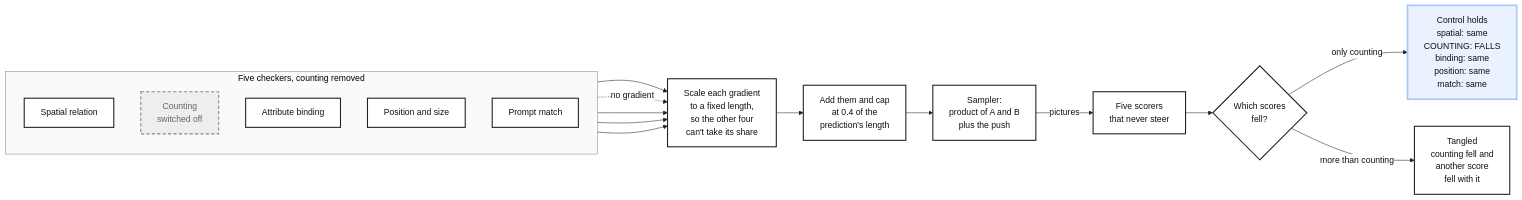
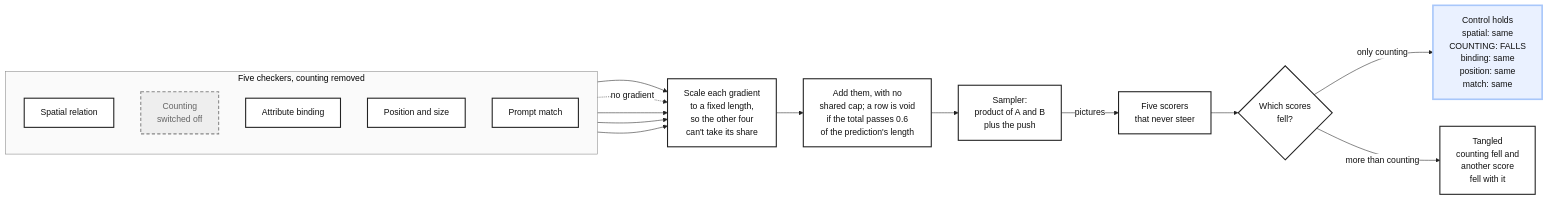
The diagram in artifacts/notes/progress/abstract-checkers/remove-one-checker.mmd (mo-rsa24/concept-composition), drawn with Mermaid before and after one commit. The commit also changed 2 other files, not shown here.

Commit message:
Abstract checkers: V2 review status and noise levels stated plainly; removal picture drops the shared cap

```diff
--- a/artifacts/notes/progress/abstract-checkers/remove-one-checker.mmd
+++ b/artifacts/notes/progress/abstract-checkers/remove-one-checker.mmd
@@ -1,35 +1,35 @@
 %%{init: {'theme': 'base', 'themeVariables': {'fontFamily': 'monospace', 'primaryColor': '#ffffff', 'primaryBorderColor': '#222222', 'primaryTextColor': '#111111', 'lineColor': '#222222'}}}%%
 flowchart LR
   subgraph FIVE["Five checkers, counting removed"]
     direction TB
     S["Spatial relation"]
     C["Counting<br/>switched off"]
     B["Attribute binding"]
     P["Position and size"]
     M["Prompt match"]
   end
 
   N["Scale each gradient<br/>to a fixed length,<br/>so the other four<br/>can't take its share"]
-  K["Add them and cap<br/>at 0.4 of the<br/>prediction's length"]
+  K["Add them, with no<br/>shared cap; a row is void<br/>if the total passes 0.6<br/>of the prediction's length"]
   G["Sampler:<br/>product of A and B<br/>plus the push"]
   J["Five scorers<br/>that never steer"]
   Q{"Which scores<br/>fell?"}
   Y["Control holds<br/>spatial: same<br/>COUNTING: FALLS<br/>binding: same<br/>position: same<br/>match: same"]
   X["Tangled<br/>counting fell and<br/>another score<br/>fell with it"]
 
   S --> N
   C -. "no gradient" .-> N
   B --> N
   P --> N
   M --> N
   N --> K --> G -->|"pictures"| J --> Q
   Q -->|"only counting"| Y
   Q -->|"more than counting"| X
 
   classDef plain fill:#ffffff,stroke:#222222,stroke-width:2px,color:#111111
   classDef off fill:#eeeeee,stroke:#888888,stroke-width:2px,stroke-dasharray:6 4,color:#666666
   classDef good fill:#eaf1ff,stroke:#a8c7fa,stroke-width:3px,color:#111111
   class S,B,P,M,N,K,G,J,Q,X plain
   class C off
   class Y good
   style FIVE fill:#fafafa,stroke:#888888,stroke-width:1px
```
